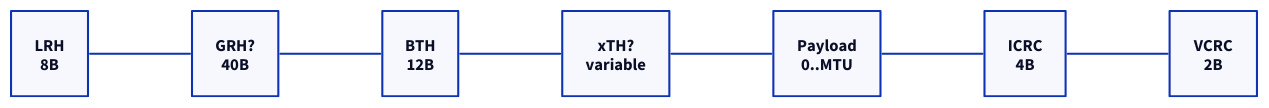
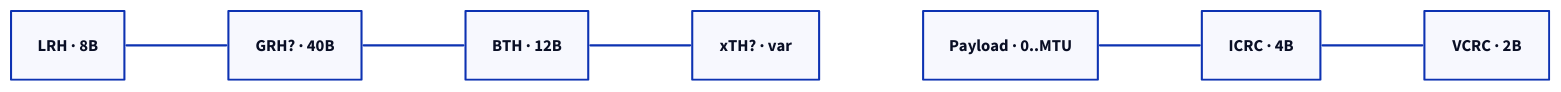
The third of 6 diagrams in topics/rdma/docs/02_ib_protocol_stack.md (humbleowl39/DV_SKOOL), drawn with D2 before and after one commit. The commit also changed other lines of this file and 90 other files, not shown here.

First line of the commit message:
docs: 전 토픽 다이어그램 정비 — ASCII→D2, mermaid→D2, 과대 D2 가시성 수정

````diff
--- a/topics/rdma/docs/02_ib_protocol_stack.md
+++ b/topics/rdma/docs/02_ib_protocol_stack.md
@@ -240,17 +230,14 @@
 ```d2
 direction: right
 
-LRH: "LRH\n8B"
-GRH: "GRH?\n40B"
-BTH: "BTH\n12B"
-XTH: "xTH?\nvariable"
-PAY: "Payload\n0..MTU"
-ICRC: "ICRC\n4B"
-VCRC: "VCRC\n2B"
-LRH -- GRH
-GRH -- BTH
-BTH -- XTH
-XTH -- PAY
-PAY -- ICRC
-ICRC -- VCRC
+H1: "LRH · 8B"
+H2: "GRH? · 40B"
+H3: "BTH · 12B"
+H4: "xTH? · var"
+H5: "Payload · 0..MTU"
+H6: "ICRC · 4B"
+H7: "VCRC · 2B"
+H1 -- H2 -- H3 -- H4
+H5 -- H6 -- H7
+H4 -- H5: { style.opacity: 0.0 }
 ```
````
